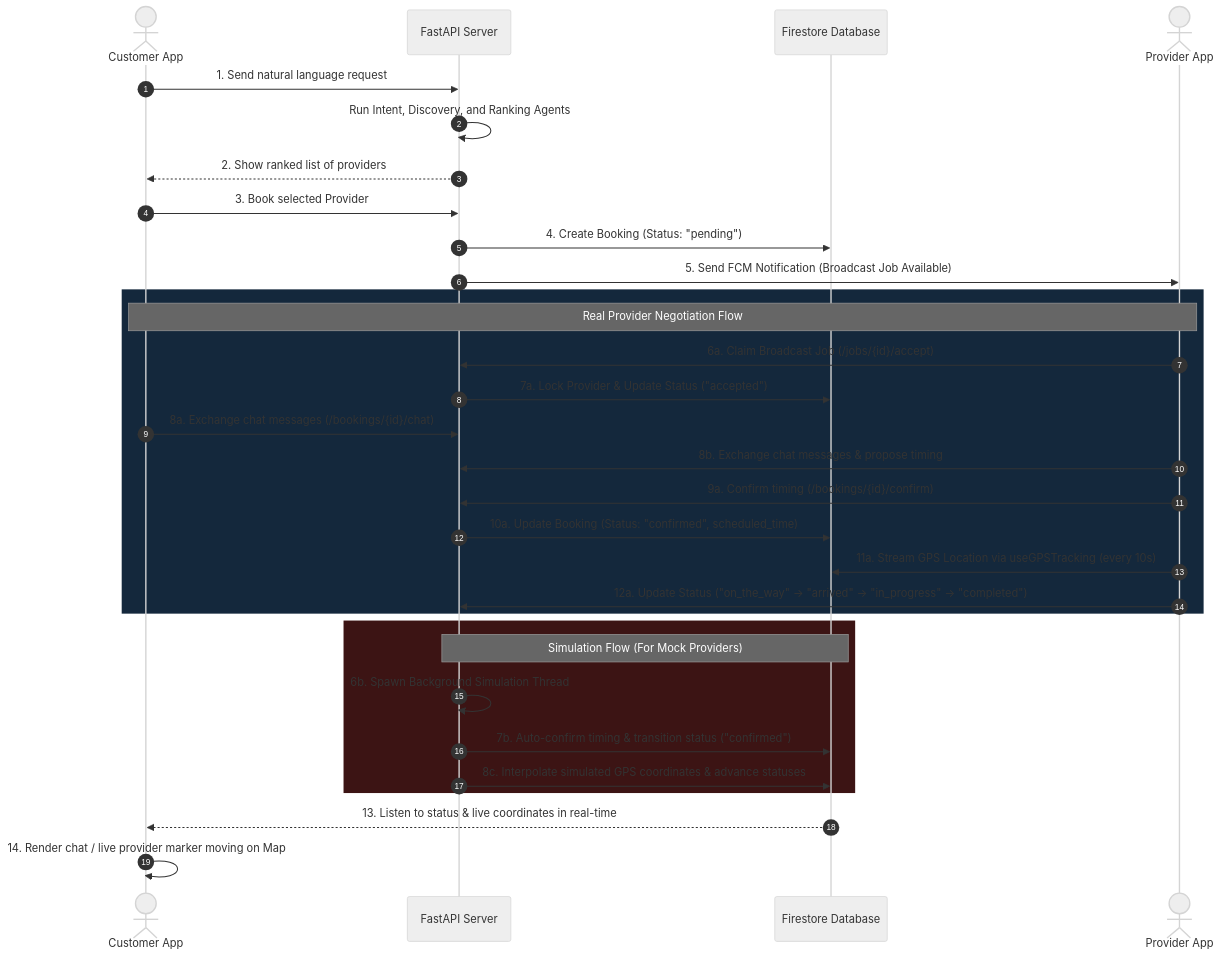
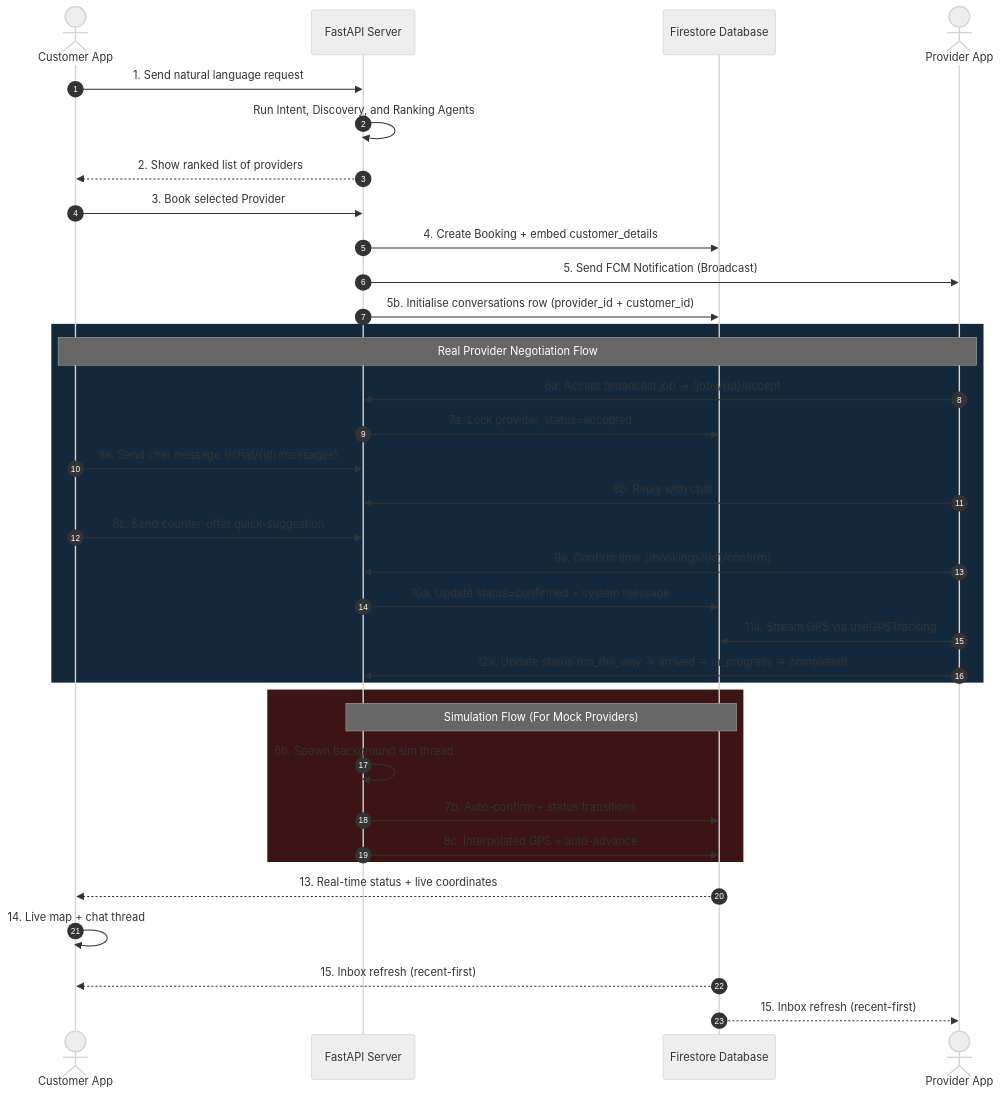
Before and after one commit to muhammaddaniyalrajput/ServiceAI: the diagram in system_capability.md, drawn with Mermaid (neutral theme). The commit also changed other lines of this file and 3 other files, not shown here.

````diff
--- a/system_capability.md
+++ b/system_capability.md
@@ -248,37 +347,41 @@
 ```mermaid
 sequenceDiagram
     autonumber
     actor Customer as Customer App
     participant Backend as FastAPI Server
     participant DB as Firestore Database
     actor Provider as Provider App
 
     Customer->>Backend: 1. Send natural language request
     Backend->>Backend: Run Intent, Discovery, and Ranking Agents
     Backend-->>Customer: 2. Show ranked list of providers
     Customer->>Backend: 3. Book selected Provider
-    Backend->>DB: 4. Create Booking (Status: "pending")
-    Backend->>Provider: 5. Send FCM Notification (Broadcast Job Available)
-    
+    Backend->>DB: 4. Create Booking + embed customer_details
+    Backend->>Provider: 5. Send FCM Notification (Broadcast)
+    Backend->>DB: 5b. Initialise conversations row (provider_id + customer_id)
+
     rect rgb(20, 40, 60)
         Note over Customer, Provider: Real Provider Negotiation Flow
-        Provider->>Backend: 6a. Claim Broadcast Job (/jobs/{id}/accept)
-        Backend->>DB: 7a. Lock Provider & Update Status ("accepted")
-        Customer->>Backend: 8a. Exchange chat messages (/bookings/{id}/chat)
-        Provider->>Backend: 8b. Exchange chat messages & propose timing
-        Provider->>Backend: 9a. Confirm timing (/bookings/{id}/confirm)
-        Backend->>DB: 10a. Update Booking (Status: "confirmed", scheduled_time)
-        Provider->>DB: 11a. Stream GPS Location via useGPSTracking (every 10s)
-        Provider->>Backend: 12a. Update Status ("on_the_way" -> "arrived" -> "in_progress" -> "completed")
+        Provider->>Backend: 6a. Accept broadcast job → /jobs/{id}/accept
+        Backend->>DB: 7a. Lock provider, status=accepted
+        Customer->>Backend: 8a. Send chat message (/chat/{id}/messages)
+        Provider->>Backend: 8b. Reply with chat
+        Customer->>Backend: 8c. Send counter-offer quick-suggestion
+        Provider->>Backend: 9a. Confirm time (/bookings/{id}/confirm)
+        Backend->>DB: 10a. Update status=confirmed + system message
+        Provider->>DB: 11a. Stream GPS via useGPSTracking
+        Provider->>Backend: 12a. Update status (on_the_way → arrived → in_progress → completed)
     end
 
     rect rgb(60, 20, 20)
         Note over Backend, DB: Simulation Flow (For Mock Providers)
-        Backend->>Backend: 6b. Spawn Background Simulation Thread
-        Backend->>DB: 7b. Auto-confirm timing & transition status ("confirmed")
-        Backend->>DB: 8c. Interpolate simulated GPS coordinates & advance statuses
+        Backend->>Backend: 6b. Spawn background sim thread
+        Backend->>DB: 7b. Auto-confirm + status transitions
+        Backend->>DB: 8c. Interpolated GPS + auto-advance
     end
 
-    DB-->>Customer: 13. Listen to status & live coordinates in real-time
-    Customer->>Customer: 14. Render chat / live provider marker moving on Map
+    DB-->>Customer: 13. Real-time status + live coordinates
+    Customer->>Customer: 14. Live map + chat thread
+    DB-->>Customer: 15. Inbox refresh (recent-first)
+    DB-->>Provider: 15. Inbox refresh (recent-first)
 ```
````
